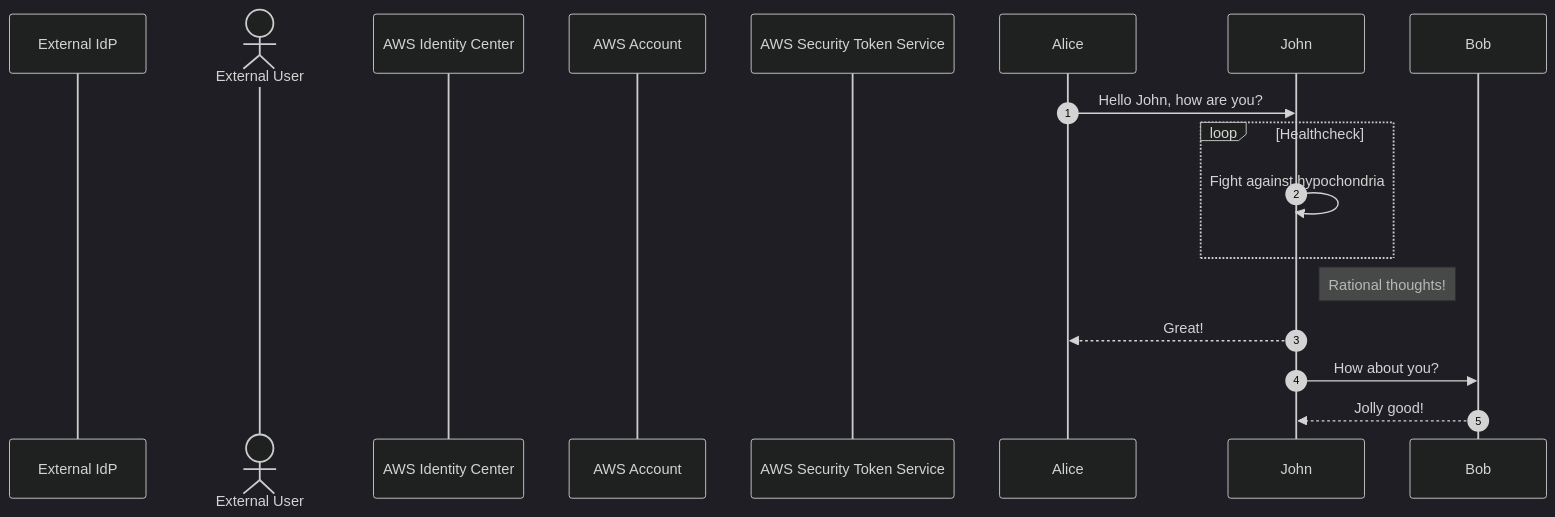
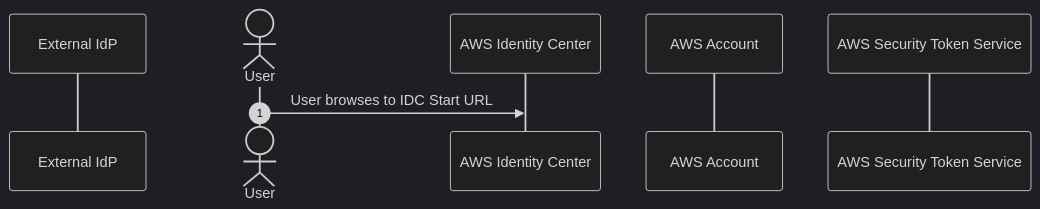
Before and after one commit to keshavbaweja-git/workshops: the diagram in identity-center/flow.md, drawn with Mermaid (dark theme).

Commit message:
Identity Center

````diff
--- a/identity-center/flow.md
+++ b/identity-center/flow.md
@@ -1,19 +1,10 @@
 ```mermaid
 sequenceDiagram
     participant eidp as External IdP
-    actor user as External User
+    actor user as User
     participant idc as AWS Identity Center
     participant account as AWS Account
     participant sts as AWS Security Token Service
     autonumber
-
-    Alice->>John: Hello John, how are you?
-    loop Healthcheck
-        John->>John: Fight against hypochondria
-    end
-    Note right of John: Rational thoughts!
-    John-->>Alice: Great!
-    John->>Bob: How about you?
-    Bob-->>John: Jolly good!
-
+    user->>idc: User browses to IDC Start URL
 ```
````
